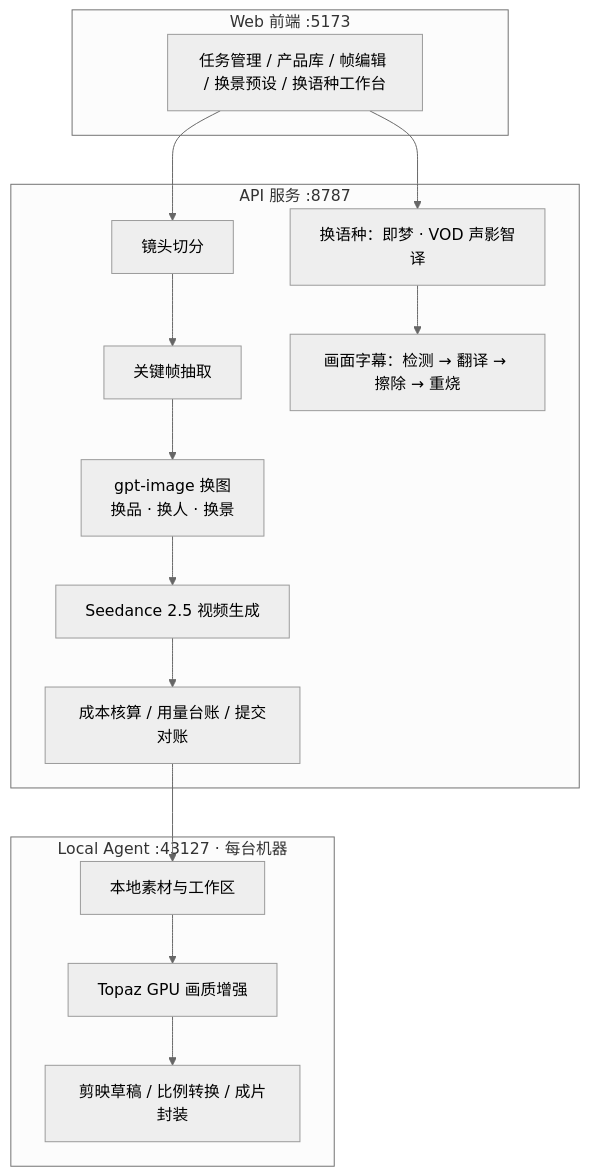
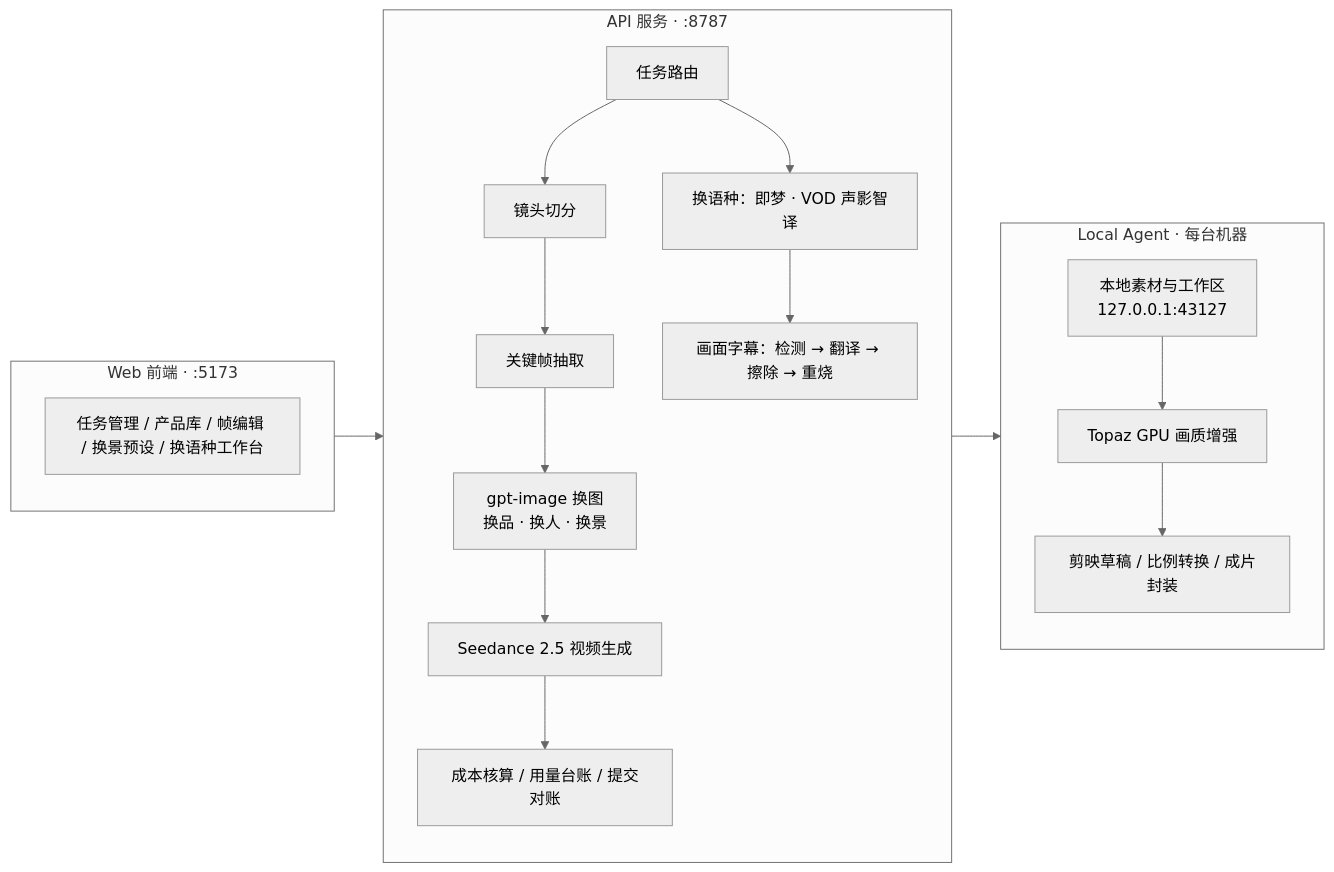
The diagram in README.md (happymonkeyz666-oss/ALTERION-showcase), drawn with Mermaid (neutral theme) before and after one commit.

Commit message:
docs: improve architecture diagram layout

````diff
--- a/README.md
+++ b/README.md
@@ -146,23 +146,29 @@
 ```mermaid
-graph TB
-    subgraph Web["Web 前端 :5173"]
-        A[任务管理 / 产品库 / 帧编辑 / 换景预设 / 换语种工作台]
+flowchart LR
+    subgraph Web["Web 前端 · :5173"]
+        direction TB
+        A["任务管理 / 产品库 / 帧编辑 / 换景预设 / 换语种工作台"]
     end
 
-    subgraph API["API 服务 :8787"]
-        B[镜头切分] --> C[关键帧抽取]
-        C --> D[gpt-image 换图<br/>换品 · 换人 · 换景]
-        D --> E[Seedance 2.5 视频生成]
-        E --> G[成本核算 / 用量台账 / 提交对账]
-        L[换语种：即梦 · VOD 声影智译] --> S[画面字幕：检测 → 翻译 → 擦除 → 重烧]
+    subgraph API["API 服务 · :8787"]
+        direction TB
+        R["任务路由"]
+        R --> B["镜头切分"]
+        B --> C["关键帧抽取"]
+        C --> D["gpt-image 换图<br/>换品 · 换人 · 换景"]
+        D --> E["Seedance 2.5 视频生成"]
+        E --> G["成本核算 / 用量台账 / 提交对账"]
+        R --> L["换语种：即梦 · VOD 声影智译"]
+        L --> S["画面字幕：检测 → 翻译 → 擦除 → 重烧"]
     end
 
-    subgraph Agent["Local Agent :43127 · 每台机器"]
-        H[本地素材与工作区] --> I[Topaz GPU 画质增强]
-        I --> J[剪映草稿 / 比例转换 / 成片封装]
+    subgraph Agent["Local Agent · 每台机器"]
+        direction TB
+        H["本地素材与工作区<br/>127.0.0.1:43127"]
+        H --> I["Topaz GPU 画质增强"]
+        I --> J["剪映草稿 / 比例转换 / 成片封装"]
     end
 
-    A --> B
-    A --> L
-    G --> H
+    Web --> API
+    API --> Agent
 ```
````
